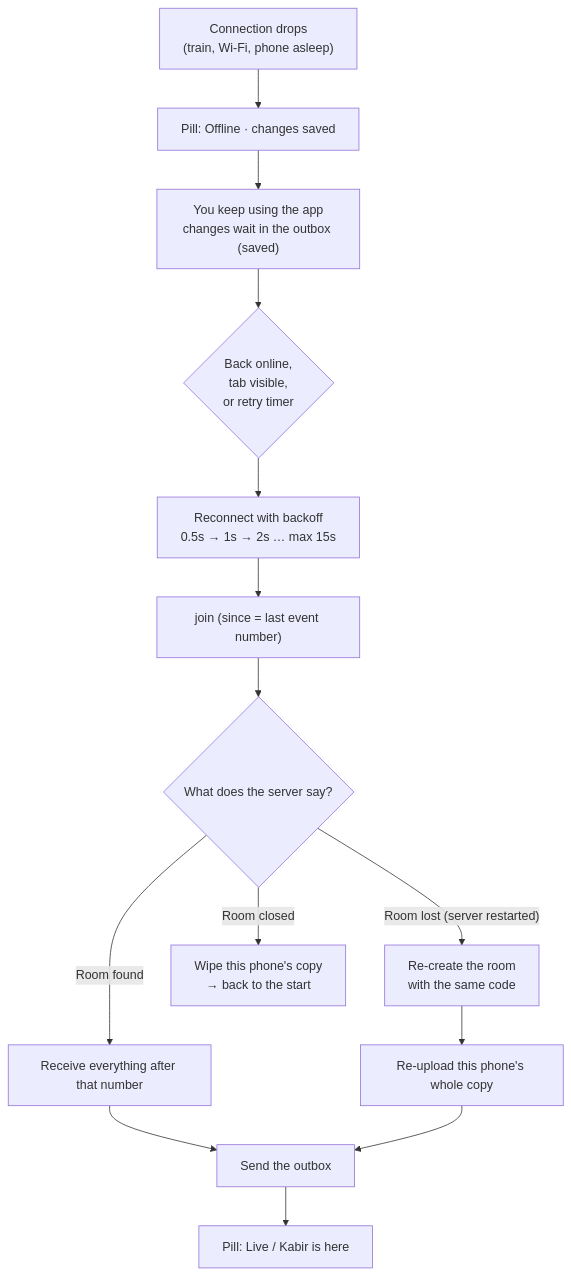
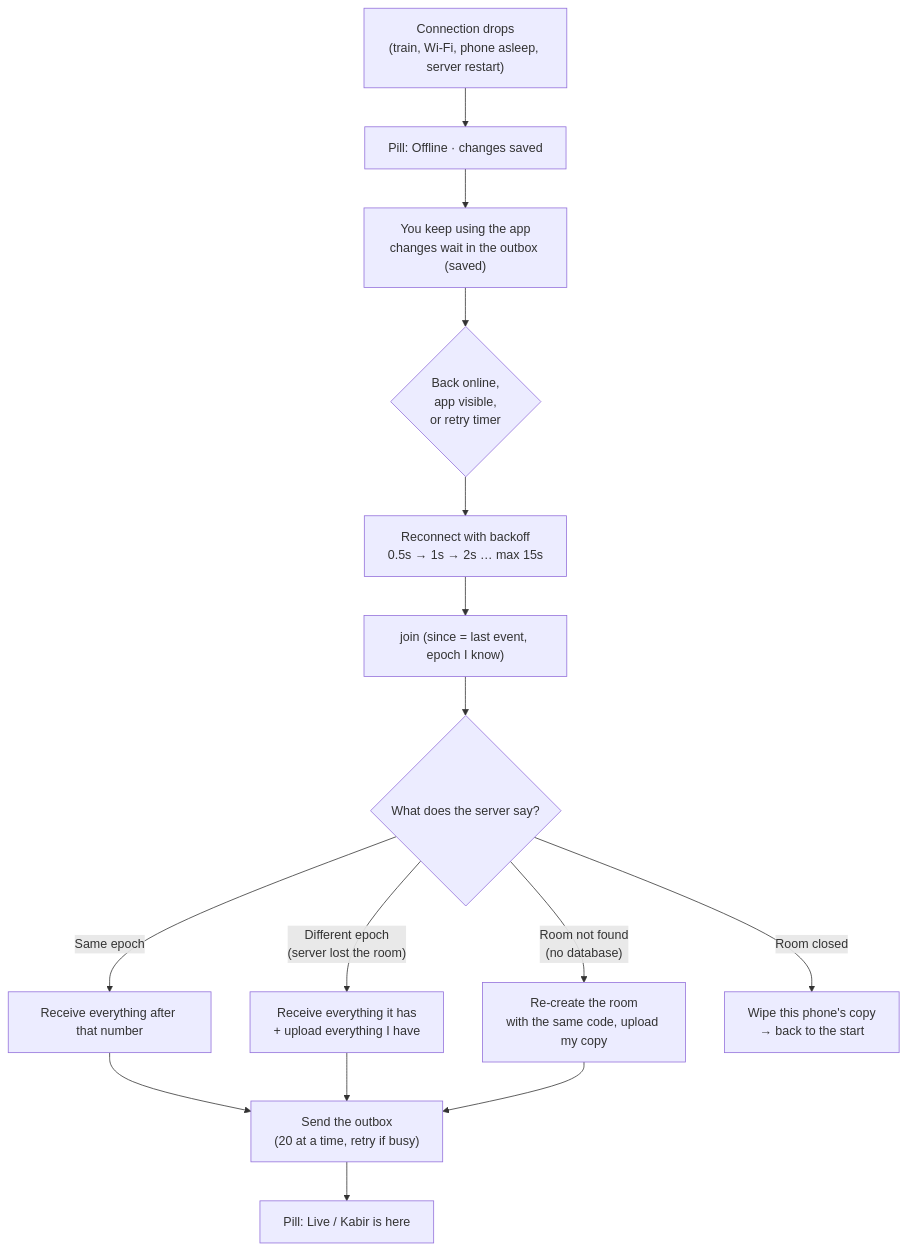
Before and after one commit to silent-coder-dev/private-space: the seventh of 30 diagrams in front-end/doc/04-flowcharts.md, drawn with Mermaid. The commit also changed other lines of this file and 78 other files, not shown here.

````diff
--- a/front-end/doc/04-flowcharts.md
+++ b/front-end/doc/04-flowcharts.md
@@ -152,16 +161,17 @@
 ```mermaid
 flowchart TD
-    A["Connection drops<br/>(train, Wi-Fi, phone asleep)"] --> B["Pill: Offline · changes saved"]
+    A["Connection drops<br/>(train, Wi-Fi, phone asleep, server restart)"] --> B["Pill: Offline · changes saved"]
     B --> C["You keep using the app<br/>changes wait in the outbox (saved)"]
-    C --> D{"Back online,<br/>tab visible,<br/>or retry timer"}
+    C --> D{"Back online,<br/>app visible,<br/>or retry timer"}
     D --> E["Reconnect with backoff<br/>0.5s → 1s → 2s … max 15s"]
-    E --> F["join (since = last event number)"]
+    E --> F["join (since = last event, epoch I know)"]
     F --> G{"What does the server say?"}
-    G -->|"Room found"| H["Receive everything after that number"]
-    G -->|"Room lost (server restarted)"| I["Re-create the room<br/>with the same code"]
+    G -->|"Same epoch"| H["Receive everything after that number"]
+    G -->|"Different epoch<br/>(server lost the room)"| I["Receive everything it has<br/>+ upload everything I have"]
+    G -->|"Room not found<br/>(no database)"| R["Re-create the room<br/>with the same code, upload my copy"]
     G -->|"Room closed"| W["Wipe this phone's copy<br/>→ back to the start"]
-    I --> J["Re-upload this phone's whole copy"]
-    H --> K["Send the outbox"]
-    J --> K
+    H --> K["Send the outbox<br/>(20 at a time, retry if busy)"]
+    I --> K
+    R --> K
     K --> L["Pill: Live / Kabir is here"]
 ```
````
